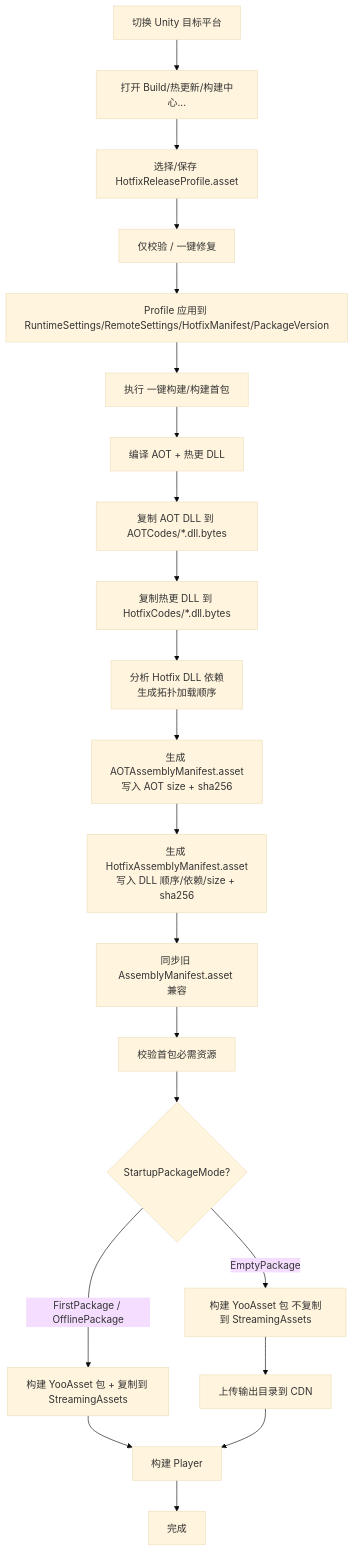
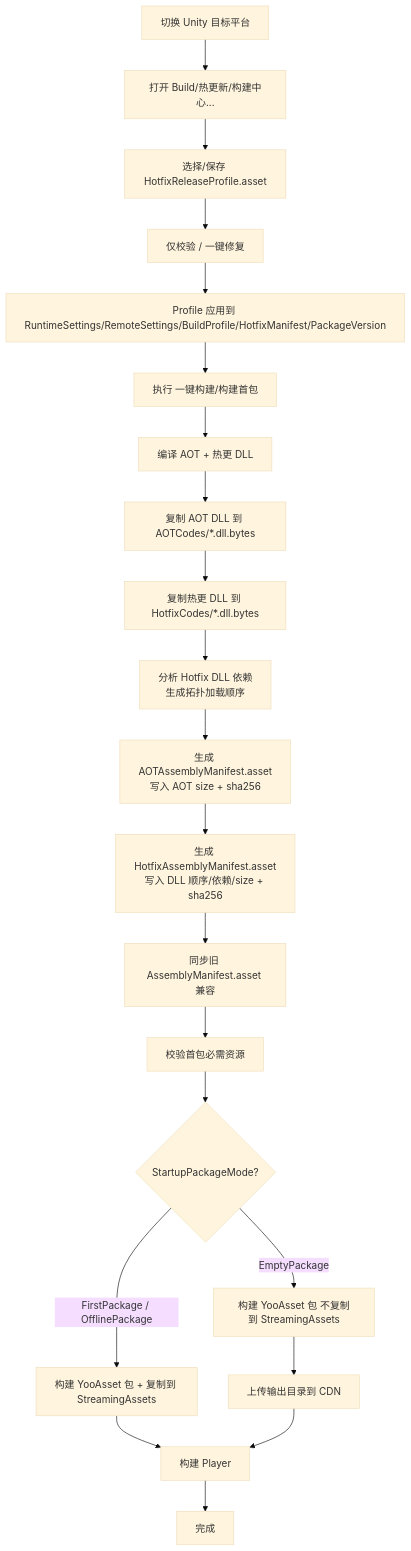
One commit to RyuRae/qframework-hotfix changed the first of 5 diagrams in README.md. Above: the diagram before and after it, drawn with Mermaid (base theme). The commit also changed other lines of this file and 9 other files, not shown here.

````diff
--- a/README.md
+++ b/README.md
@@ -163,23 +164,23 @@
 ```mermaid
 flowchart TD
     A[切换 Unity 目标平台] --> B[打开 Build/热更新/构建中心...]
     B --> C[选择/保存 HotfixReleaseProfile.asset]
     C --> D[仅校验 / 一键修复]
-    D --> E[Profile 应用到 RuntimeSettings/RemoteSettings/HotfixManifest/PackageVersion]
+    D --> E[Profile 应用到 RuntimeSettings/RemoteSettings/BuildProfile/HotfixManifest/PackageVersion]
     E --> F0[执行 一键构建/构建首包]
     F0 --> F[编译 AOT + 热更 DLL]
     F --> G[复制 AOT DLL 到 AOTCodes/*.dll.bytes]
     G --> H[复制热更 DLL 到 HotfixCodes/*.dll.bytes]
     H --> I[分析 Hotfix DLL 依赖\n生成拓扑加载顺序]
     I --> J[生成 AOTAssemblyManifest.asset\n写入 AOT size + sha256]
     J --> K[生成 HotfixAssemblyManifest.asset\n写入 DLL 顺序/依赖/size + sha256]
     K --> L[同步旧 AssemblyManifest.asset 兼容]
     L --> M[校验首包必需资源]
     M --> N{StartupPackageMode?}
     N -->|FirstPackage / OfflinePackage| O[构建 YooAsset 包 + 复制到 StreamingAssets]
     N -->|EmptyPackage| P[构建 YooAsset 包 不复制到 StreamingAssets]
     O --> Q[构建 Player]
     P --> R[上传输出目录到 CDN]
     R --> Q
     Q --> S[完成]
 ```
````
